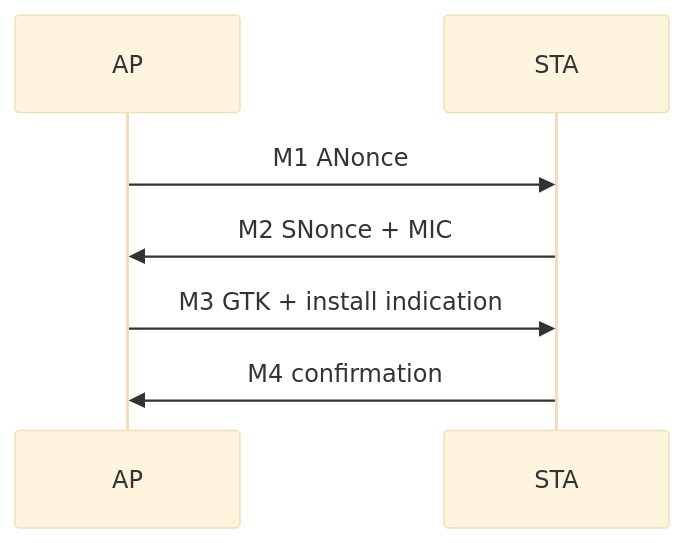
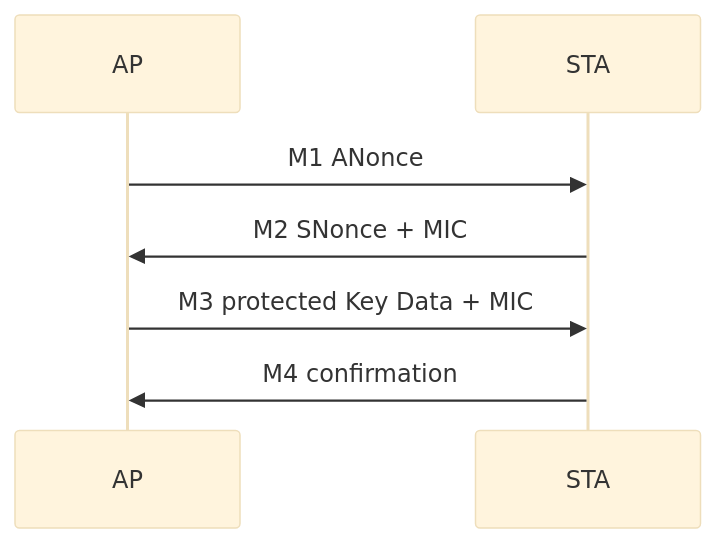
Before and after one commit to YvainZhang/YvainZhang.github.io: the diagram in WiFi/03-Connection-Security/01-connection-lifecycle.md, drawn with Mermaid (base theme). The commit also changed other lines of this file and 50 other files, not shown here.

````diff
--- a/WiFi/03-Connection-Security/01-connection-lifecycle.md
+++ b/WiFi/03-Connection-Security/01-connection-lifecycle.md
@@ -15,9 +15,9 @@
 ```mermaid
 sequenceDiagram
     participant AP
     participant STA
     AP->>STA: M1 ANonce
     STA->>AP: M2 SNonce + MIC
-    AP->>STA: M3 GTK + install indication
+    AP->>STA: M3 protected Key Data + MIC
     STA->>AP: M4 confirmation
 ```
````
